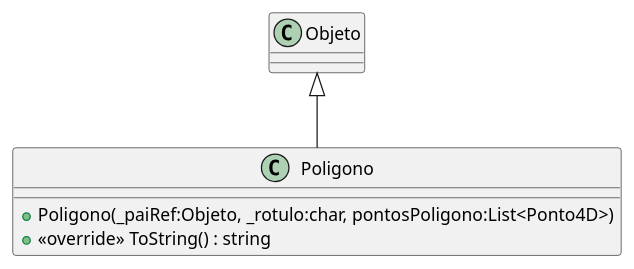
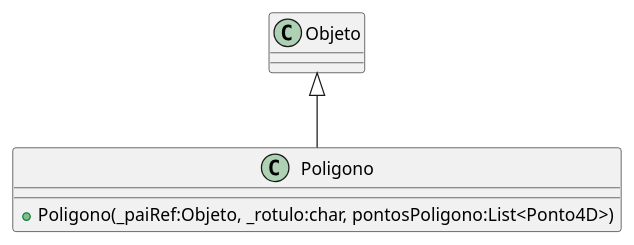
The diagram in Unidade3/CG_N3_Exemplo/plantuml/Poligono.puml (gcgfurb/CG_2024-2_not_equipe-09), drawn with PlantUML before and after one commit. The commit also changed 14 other files, not shown here.

```diff
--- a/Unidade3/CG_N3_Exemplo/plantuml/Poligono.puml
+++ b/Unidade3/CG_N3_Exemplo/plantuml/Poligono.puml
@@ -1,7 +1,6 @@
-@startuml
+@startuml Poligono
 class Poligono {
     + Poligono(_paiRef:Objeto, _rotulo:char, pontosPoligono:List<Ponto4D>)
-    + <<override>> ToString() : string
 }
 Objeto <|-- Poligono
 @enduml
```
